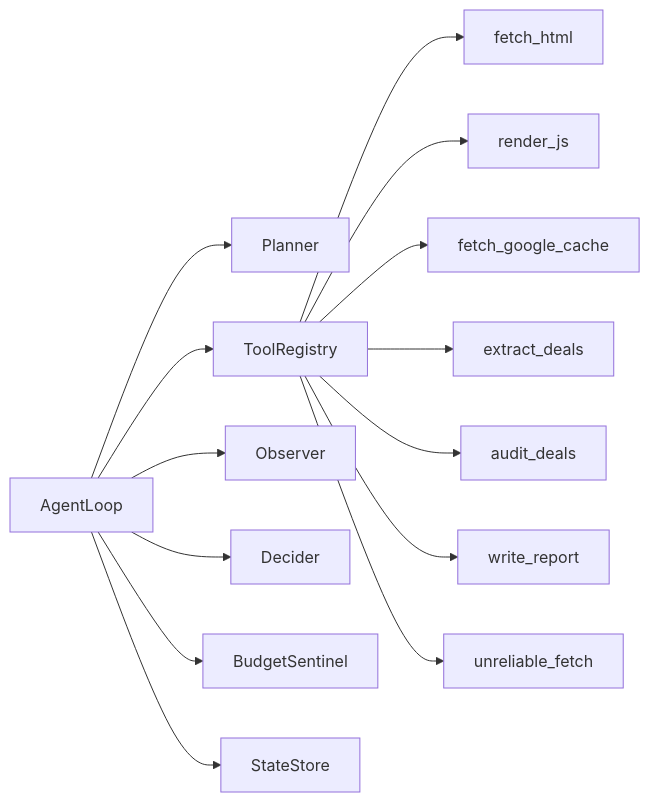
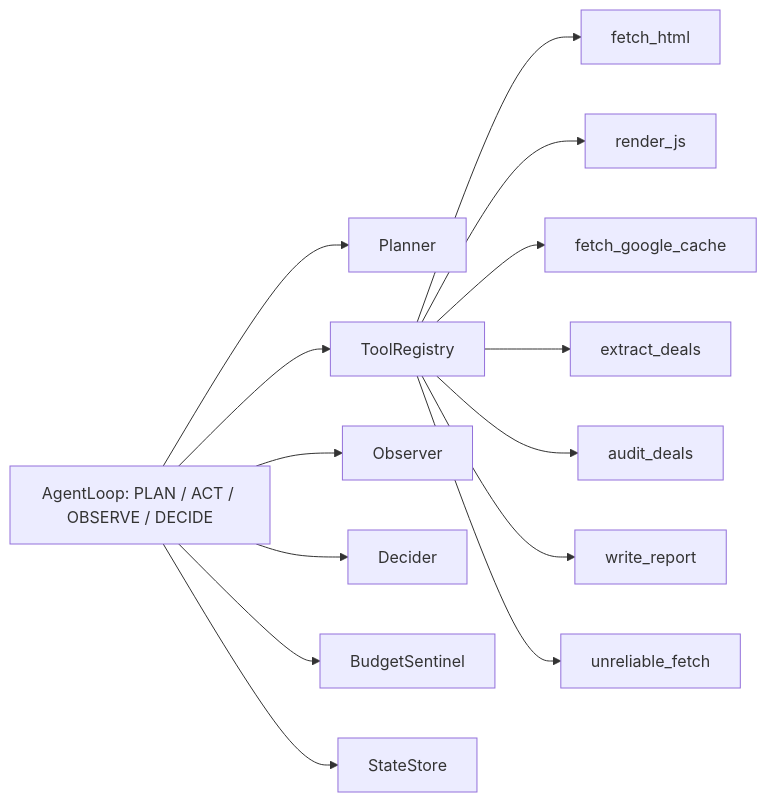
The diagram in README.md (Shravinya/The-Loop), drawn with Mermaid before and after one commit. The commit also changed other lines of this file, not shown here.

````diff
--- a/README.md
+++ b/README.md
@@ -42,17 +10,17 @@
 ```mermaid
 flowchart LR
-    A["AgentLoop"] --> B["Planner"]
+    A["AgentLoop: PLAN / ACT / OBSERVE / DECIDE"] --> B["Planner"]
     A --> C["ToolRegistry"]
     A --> D["Observer"]
     A --> E["Decider"]
     A --> F["BudgetSentinel"]
     A --> G["StateStore"]
 
     C --> H["fetch_html"]
     C --> I["render_js"]
     C --> J["fetch_google_cache"]
     C --> K["extract_deals"]
     C --> L["audit_deals"]
     C --> M["write_report"]
     C --> N["unreliable_fetch"]
 ```
````
